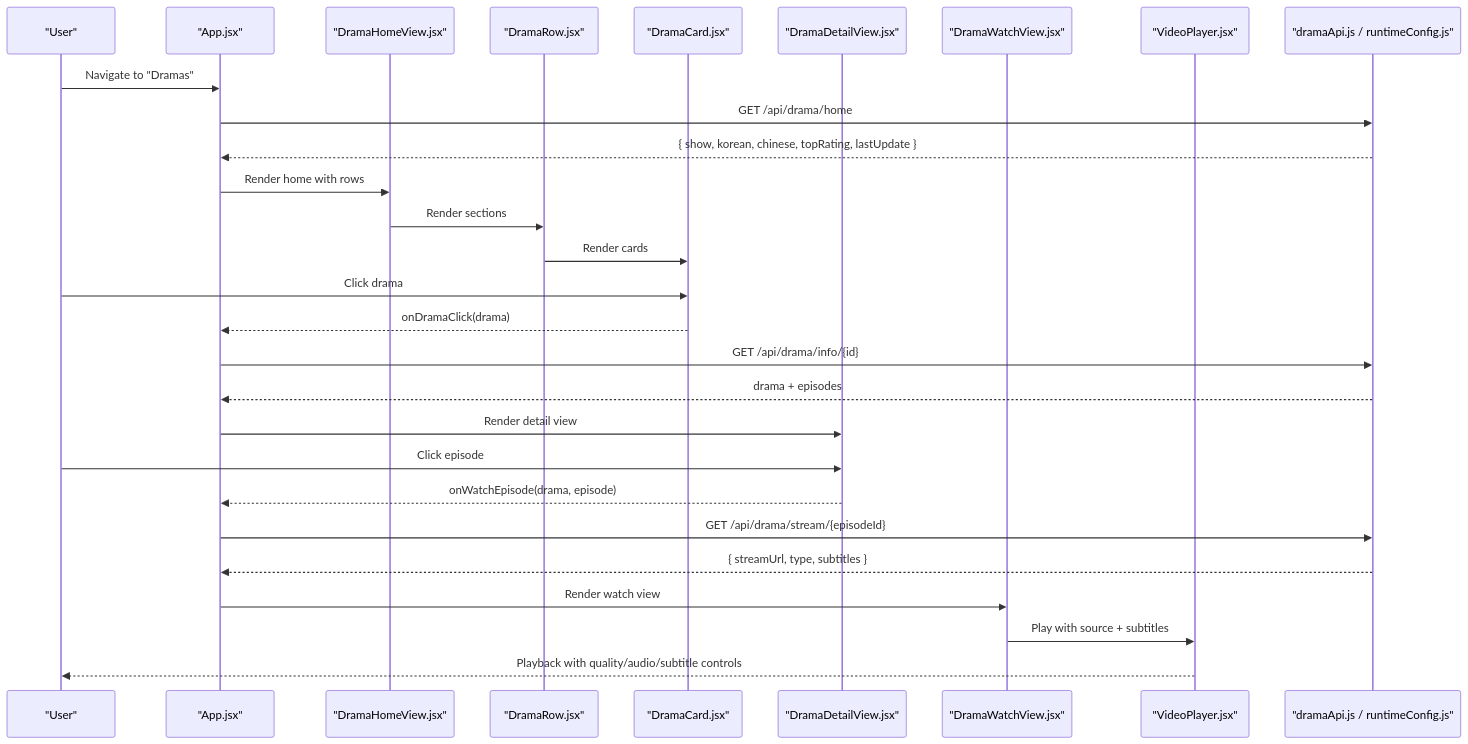
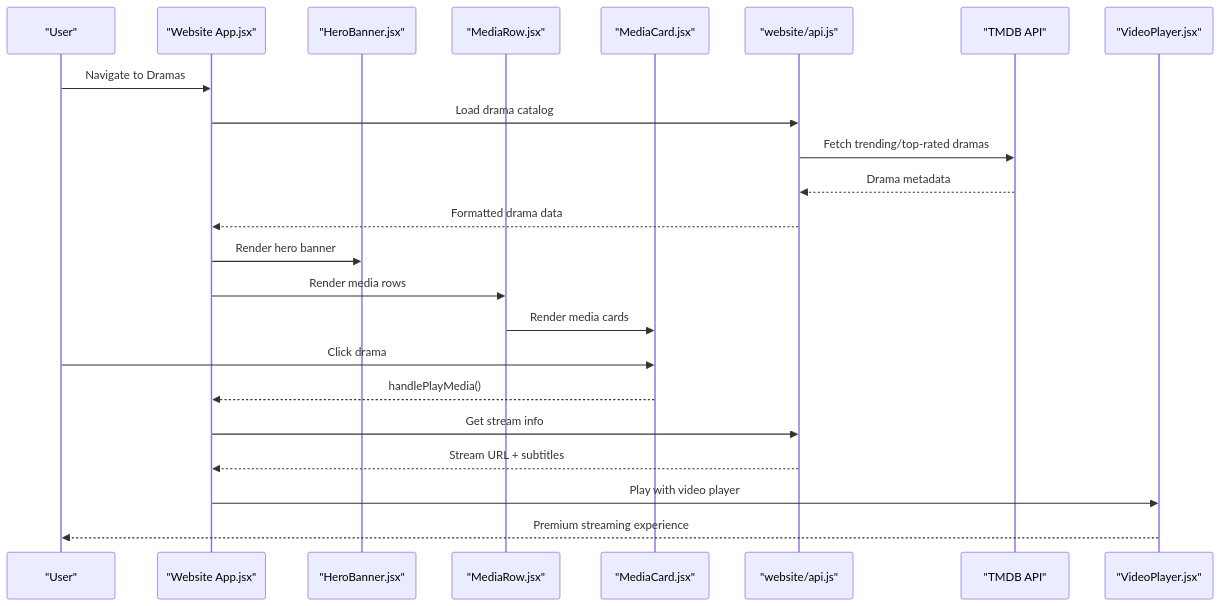
The second of 3 diagrams in .qoder/repowiki/en/content/Content Management/Drama Series/Drama Series.md (techniciansupremus-lab/Project-Anime), drawn with Mermaid before and after one commit. The commit also changed other lines of this file and 101 other files, not shown here.

Commit message:
fix: remove broken TMDB enrichment pipeline - use direct w185 to w500 URL upgrade for instant reliable posters

````diff
--- a/.qoder/repowiki/en/content/Content Management/Drama Series/Drama Series.md
+++ b/.qoder/repowiki/en/content/Content Management/Drama Series/Drama Series.md
@@ -102,30 +121,25 @@
 ```mermaid
 sequenceDiagram
 participant U as "User"
-participant A as "App.jsx"
-participant H as "DramaHomeView.jsx"
-participant R as "DramaRow.jsx"
-participant C as "DramaCard.jsx"
-participant D as "DramaDetailView.jsx"
-participant W as "DramaWatchView.jsx"
-participant P as "VideoPlayer.jsx"
-participant API as "dramaApi.js / runtimeConfig.js"
-U->>A : Navigate to "Dramas"
-A->>API : GET /api/drama/home
-API-->>A : { show, korean, chinese, topRating, lastUpdate }
-A->>H : Render home with rows
-H->>R : Render sections
-R->>C : Render cards
-U->>C : Click drama
-C-->>A : onDramaClick(drama)
-A->>API : GET /api/drama/info/{id}
-API-->>A : drama + episodes
-A->>D : Render detail view
-U->>D : Click episode
-D-->>A : onWatchEpisode(drama, episode)
-A->>API : GET /api/drama/stream/{episodeId}
-API-->>A : { streamUrl, type, subtitles }
-A->>W : Render watch view
-W->>P : Play with source + subtitles
-P-->>U : Playback with quality/audio/subtitle controls
+participant WB as "Website App.jsx"
+participant HB as "HeroBanner.jsx"
+participant MR as "MediaRow.jsx"
+participant MC as "MediaCard.jsx"
+participant API as "website/api.js"
+participant TMDB as "TMDB API"
+participant VP as "VideoPlayer.jsx"
+U->>WB : Navigate to Dramas
+WB->>API : Load drama catalog
+API->>TMDB : Fetch trending/top-rated dramas
+TMDB-->>API : Drama metadata
+API-->>WB : Formatted drama data
+WB->>HB : Render hero banner
+WB->>MR : Render media rows
+MR->>MC : Render media cards
+U->>MC : Click drama
+MC-->>WB : handlePlayMedia()
+WB->>API : Get stream info
+API-->>WB : Stream URL + subtitles
+WB->>VP : Play with video player
+VP-->>U : Premium streaming experience
 ```
````
